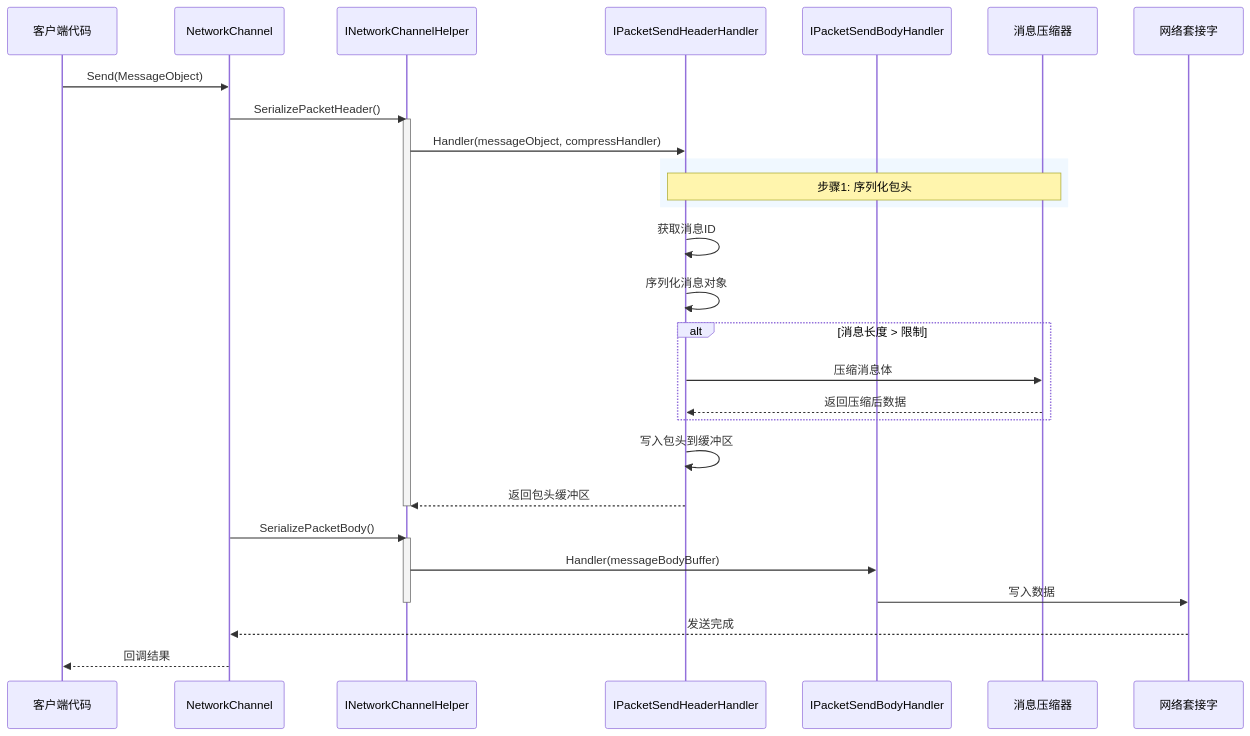
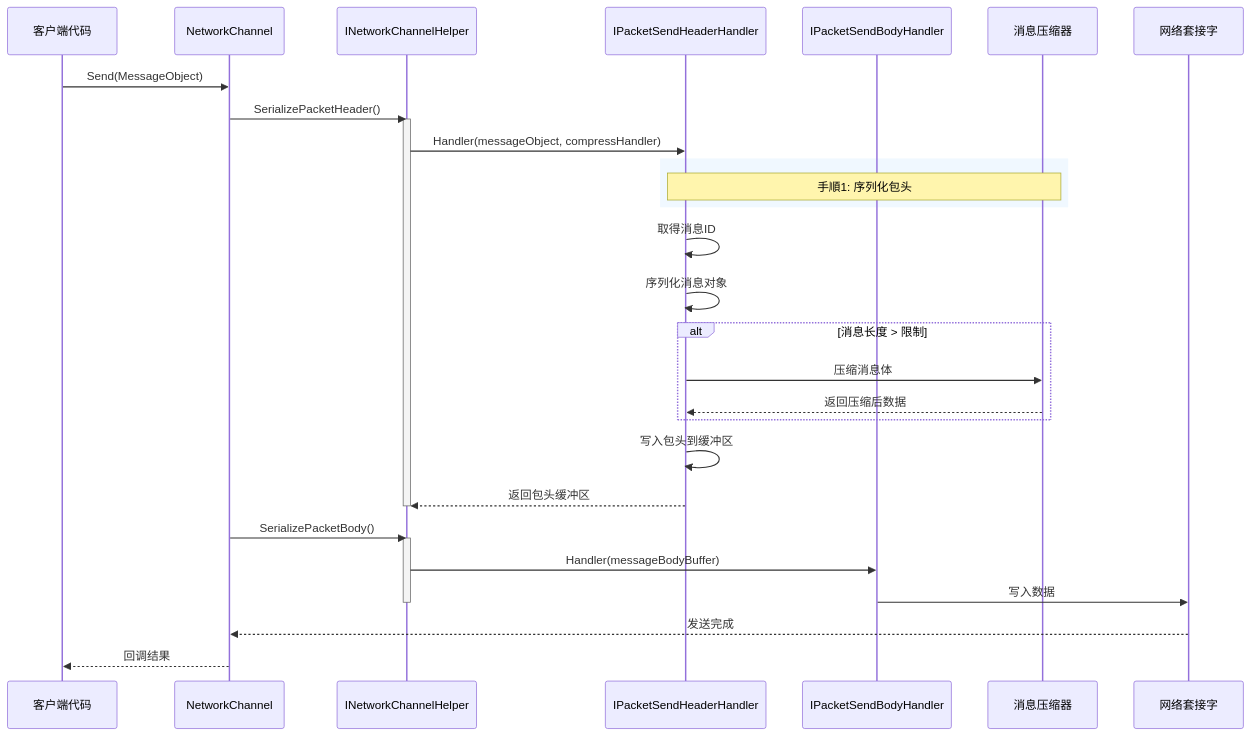
The second of 3 diagrams in docs/ja/client/unity/component/network/07.packet-handlers.md (AlianBlank/GameFrameX.Docs), drawn with Mermaid before and after one commit. The commit also changed other lines of this file and 603 other files, not shown here.

````diff
--- a/docs/ja/client/unity/component/network/07.packet-handlers.md
+++ b/docs/ja/client/unity/component/network/07.packet-handlers.md
@@ -64,38 +64,38 @@
 ```mermaid
 sequenceDiagram
     participant Client as 客户端代码
     participant Channel as NetworkChannel
     participant Helper as INetworkChannelHelper
     participant SendHeader as IPacketSendHeaderHandler
     participant SendBody as IPacketSendBodyHandler
     participant Compress as 消息压缩器
     participant Socket as 网络套接字
 
     Client->>Channel: Send(MessageObject)
     Channel->>Helper: SerializePacketHeader()
     activate Helper
     Helper->>SendHeader: Handler(messageObject, compressHandler)
     
     rect rgb(240, 248, 255)
-        Note over SendHeader,Compress: 步骤1: 序列化包头
+        Note over SendHeader,Compress: 手順1: 序列化包头
     end
     
-    SendHeader->>SendHeader: 获取消息ID
+    SendHeader->>SendHeader: 取得消息ID
     SendHeader->>SendHeader: 序列化消息对象
     alt 消息长度 > 限制
         SendHeader->>Compress: 压缩消息体
         Compress-->>SendHeader: 返回压缩后数据
     end
     SendHeader->>SendHeader: 写入包头到缓冲区
     SendHeader-->>Helper: 返回包头缓冲区
     deactivate Helper
     
     Channel->>Helper: SerializePacketBody()
     activate Helper
     Helper->>SendBody: Handler(messageBodyBuffer)
     SendBody->>Socket: 写入数据
     deactivate Helper
     
     Socket-->>Channel: 发送完成
     Channel-->>Client: 回调结果
 ```
````
